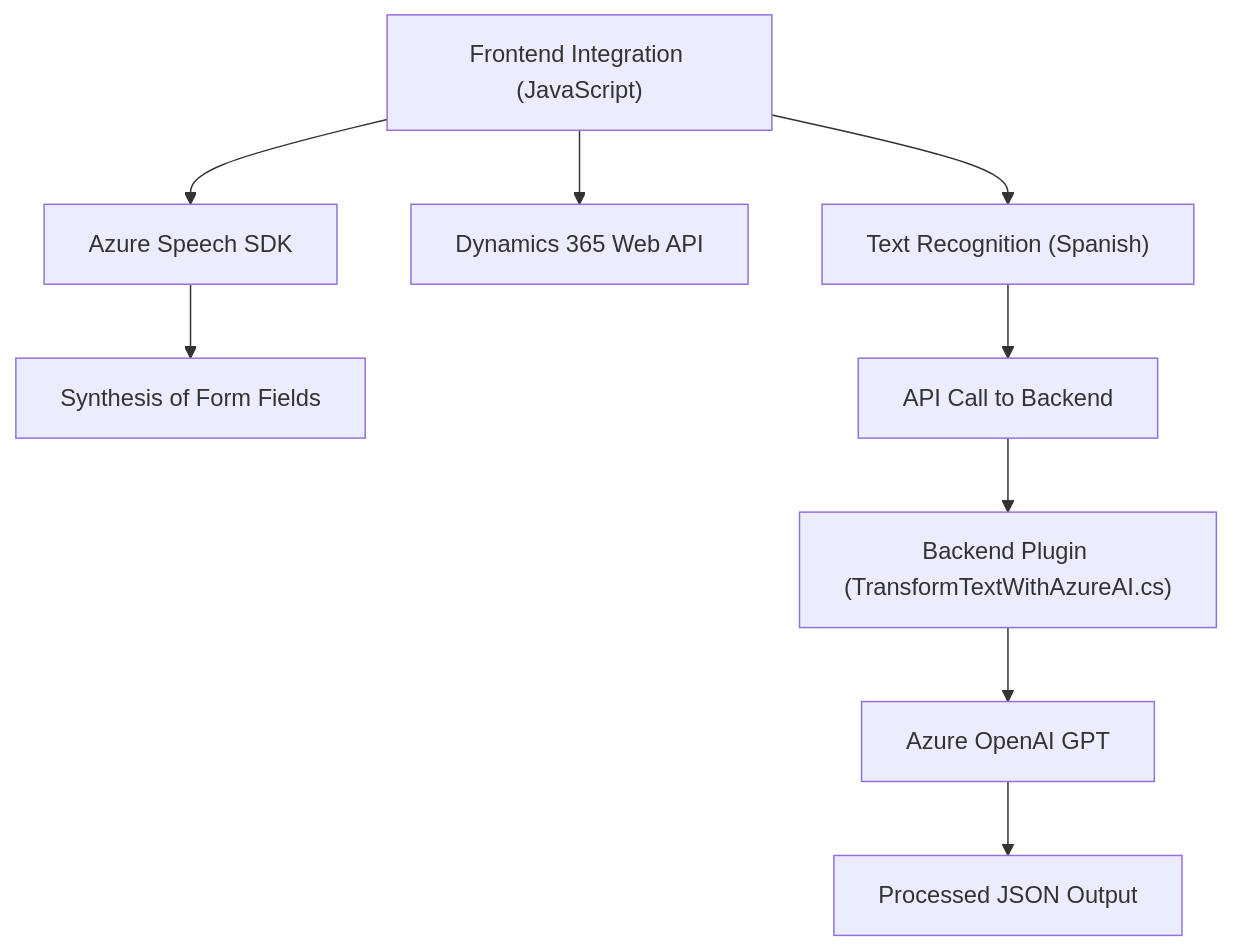
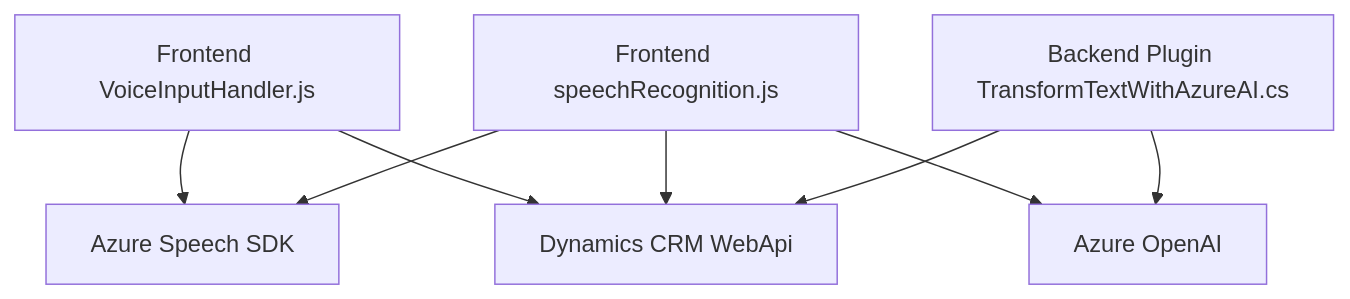
The diagram in README.md (blopezdm/NETCORE_BILBAO2025), drawn with Mermaid before and after one commit. The commit also changed other lines of this file, not shown here.

````diff
--- a/README.md
+++ b/README.md
@@ -39,11 +42,17 @@
 ```mermaid
 graph TD
-    A["Frontend Integration (JavaScript)"] --> B["Azure Speech SDK"]
-    A --> C["Dynamics 365 Web API"]
-    B --> D["Synthesis of Form Fields"]
-    A --> E["Text Recognition (Spanish)"]
-    E --> F["API Call to Backend"]
-    F --> G["Backend Plugin (TransformTextWithAzureAI.cs)"]
-    G --> H["Azure OpenAI GPT"]
-    H --> I["Processed JSON Output"]
+    A["Frontend VoiceInputHandler.js"]
+    B["Frontend speechRecognition.js"]
+    C["Backend Plugin TransformTextWithAzureAI.cs"]
+    D["Azure Speech SDK"]
+    E["Azure OpenAI"]
+    F["Dynamics CRM WebApi"]
+
+    A --> D
+    A --> F
+    B --> D
+    B --> E
+    B --> F
+    C --> E
+    C --> F
 ```
````
